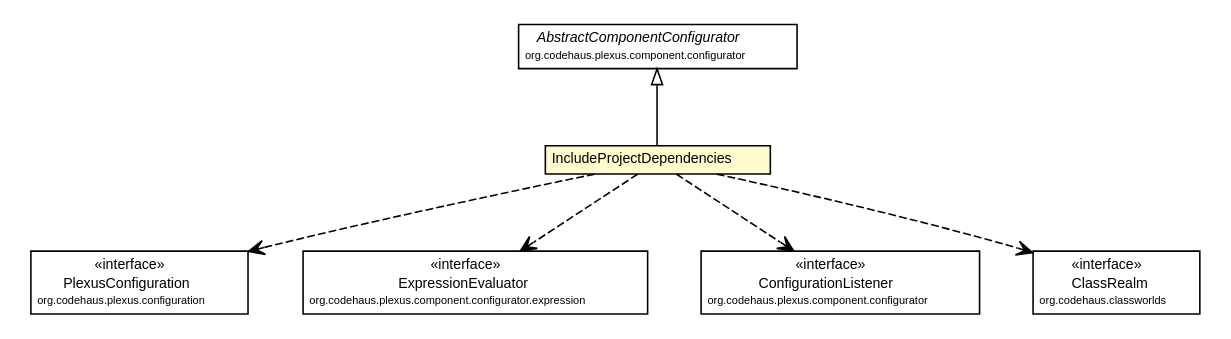
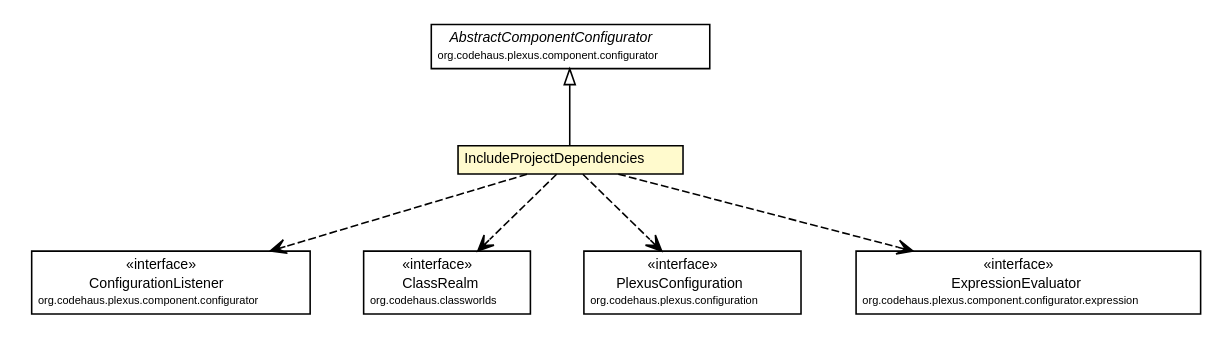
Before and after one commit to synchronoss/cpo-api: the diagram in site/apidocs/org/synchronoss/cpo/plugin/IncludeProjectDependencies.dot, drawn with Graphviz. The commit also changed 882 other files, not shown here.

```diff
--- a/site/apidocs/org/synchronoss/cpo/plugin/IncludeProjectDependencies.dot
+++ b/site/apidocs/org/synchronoss/cpo/plugin/IncludeProjectDependencies.dot
@@ -1,65 +1,65 @@
 #!/usr/local/bin/dot
 #
 # Class diagram 
 # Generated by UmlGraph version 4.6 (http://www.spinellis.gr/sw/umlgraph)
 #
 
 digraph G {
 	edge [fontname="Helvetica",fontsize=10,labelfontname="Helvetica",labelfontsize=10];
 	node [fontname="Helvetica",fontsize=10,shape=plaintext];
 	// org.synchronoss.cpo.plugin.IncludeProjectDependencies
 	c53834 [label=<<table border="0" cellborder="1" cellspacing="0" cellpadding="2" port="p" bgcolor="lemonChiffon" href="./IncludeProjectDependencies.html">
 		<tr><td><table border="0" cellspacing="0" cellpadding="1">
 			<tr><td> IncludeProjectDependencies </td></tr>
 		</table></td></tr>
 		</table>>, fontname="Helvetica", fontcolor="black", fontsize=9.0];
 	//org.synchronoss.cpo.plugin.IncludeProjectDependencies extends org.codehaus.plexus.component.configurator.AbstractComponentConfigurator
 	c53839:p -> c53834:p [dir=back,arrowtail=empty];
+	// org.synchronoss.cpo.plugin.IncludeProjectDependencies DEPEND org.codehaus.plexus.component.configurator.ConfigurationListener
+	c53834:p -> c53840:p [taillabel="", label="", headlabel="", fontname="Helvetica", fontcolor="black", fontsize=10.0, color="black", arrowhead=open, style=dashed];
+	// org.synchronoss.cpo.plugin.IncludeProjectDependencies DEPEND org.codehaus.classworlds.ClassRealm
+	c53834:p -> c53843:p [taillabel="", label="", headlabel="", fontname="Helvetica", fontcolor="black", fontsize=10.0, color="black", arrowhead=open, style=dashed];
 	// org.synchronoss.cpo.plugin.IncludeProjectDependencies DEPEND org.codehaus.plexus.configuration.PlexusConfiguration
-	c53834:p -> c53840:p [taillabel="", label="", headlabel="", fontname="Helvetica", fontcolor="black", fontsize=10.0, color="black", arrowhead=open, style=dashed];
+	c53834:p -> c53844:p [taillabel="", label="", headlabel="", fontname="Helvetica", fontcolor="black", fontsize=10.0, color="black", arrowhead=open, style=dashed];
 	// org.synchronoss.cpo.plugin.IncludeProjectDependencies DEPEND org.codehaus.plexus.component.configurator.expression.ExpressionEvaluator
-	c53834:p -> c53841:p [taillabel="", label="", headlabel="", fontname="Helvetica", fontcolor="black", fontsize=10.0, color="black", arrowhead=open, style=dashed];
-	// org.synchronoss.cpo.plugin.IncludeProjectDependencies DEPEND org.codehaus.plexus.component.configurator.ConfigurationListener
-	c53834:p -> c53842:p [taillabel="", label="", headlabel="", fontname="Helvetica", fontcolor="black", fontsize=10.0, color="black", arrowhead=open, style=dashed];
-	// org.synchronoss.cpo.plugin.IncludeProjectDependencies DEPEND org.codehaus.classworlds.ClassRealm
 	c53834:p -> c53845:p [taillabel="", label="", headlabel="", fontname="Helvetica", fontcolor="black", fontsize=10.0, color="black", arrowhead=open, style=dashed];
 	// org.codehaus.classworlds.ClassRealm
-	c53845 [label=<<table border="0" cellborder="1" cellspacing="0" cellpadding="2" port="p" href="http://java.sun.com/j2se/1.4.2/docs/api/org/codehaus/classworlds/ClassRealm.html">
+	c53843 [label=<<table border="0" cellborder="1" cellspacing="0" cellpadding="2" port="p" href="http://java.sun.com/j2se/1.4.2/docs/api/org/codehaus/classworlds/ClassRealm.html">
 		<tr><td><table border="0" cellspacing="0" cellpadding="1">
 			<tr><td> &laquo;interface&raquo; </td></tr>
 			<tr><td> ClassRealm </td></tr>
 			<tr><td><font point-size="7.0"> org.codehaus.classworlds </font></td></tr>
 		</table></td></tr>
 		</table>>, fontname="Helvetica", fontcolor="black", fontsize=9.0];
 	// org.codehaus.plexus.component.configurator.expression.ExpressionEvaluator
-	c53841 [label=<<table border="0" cellborder="1" cellspacing="0" cellpadding="2" port="p" href="http://java.sun.com/j2se/1.4.2/docs/api/org/codehaus/plexus/component/configurator/expression/ExpressionEvaluator.html">
+	c53845 [label=<<table border="0" cellborder="1" cellspacing="0" cellpadding="2" port="p" href="http://java.sun.com/j2se/1.4.2/docs/api/org/codehaus/plexus/component/configurator/expression/ExpressionEvaluator.html">
 		<tr><td><table border="0" cellspacing="0" cellpadding="1">
 			<tr><td> &laquo;interface&raquo; </td></tr>
 			<tr><td> ExpressionEvaluator </td></tr>
 			<tr><td><font point-size="7.0"> org.codehaus.plexus.component.configurator.expression </font></td></tr>
 		</table></td></tr>
 		</table>>, fontname="Helvetica", fontcolor="black", fontsize=9.0];
 	// org.codehaus.plexus.component.configurator.AbstractComponentConfigurator
 	c53839 [label=<<table border="0" cellborder="1" cellspacing="0" cellpadding="2" port="p" href="http://java.sun.com/j2se/1.4.2/docs/api/org/codehaus/plexus/component/configurator/AbstractComponentConfigurator.html">
 		<tr><td><table border="0" cellspacing="0" cellpadding="1">
 			<tr><td><font face="Helvetica-Oblique"> AbstractComponentConfigurator </font></td></tr>
 			<tr><td><font point-size="7.0"> org.codehaus.plexus.component.configurator </font></td></tr>
 		</table></td></tr>
 		</table>>, fontname="Helvetica", fontcolor="black", fontsize=9.0];
 	// org.codehaus.plexus.component.configurator.ConfigurationListener
-	c53842 [label=<<table border="0" cellborder="1" cellspacing="0" cellpadding="2" port="p" href="http://java.sun.com/j2se/1.4.2/docs/api/org/codehaus/plexus/component/configurator/ConfigurationListener.html">
+	c53840 [label=<<table border="0" cellborder="1" cellspacing="0" cellpadding="2" port="p" href="http://java.sun.com/j2se/1.4.2/docs/api/org/codehaus/plexus/component/configurator/ConfigurationListener.html">
 		<tr><td><table border="0" cellspacing="0" cellpadding="1">
 			<tr><td> &laquo;interface&raquo; </td></tr>
 			<tr><td> ConfigurationListener </td></tr>
 			<tr><td><font point-size="7.0"> org.codehaus.plexus.component.configurator </font></td></tr>
 		</table></td></tr>
 		</table>>, fontname="Helvetica", fontcolor="black", fontsize=9.0];
 	// org.codehaus.plexus.configuration.PlexusConfiguration
-	c53840 [label=<<table border="0" cellborder="1" cellspacing="0" cellpadding="2" port="p" href="http://java.sun.com/j2se/1.4.2/docs/api/org/codehaus/plexus/configuration/PlexusConfiguration.html">
+	c53844 [label=<<table border="0" cellborder="1" cellspacing="0" cellpadding="2" port="p" href="http://java.sun.com/j2se/1.4.2/docs/api/org/codehaus/plexus/configuration/PlexusConfiguration.html">
 		<tr><td><table border="0" cellspacing="0" cellpadding="1">
 			<tr><td> &laquo;interface&raquo; </td></tr>
 			<tr><td> PlexusConfiguration </td></tr>
 			<tr><td><font point-size="7.0"> org.codehaus.plexus.configuration </font></td></tr>
 		</table></td></tr>
 		</table>>, fontname="Helvetica", fontcolor="black", fontsize=9.0];
 }
```
